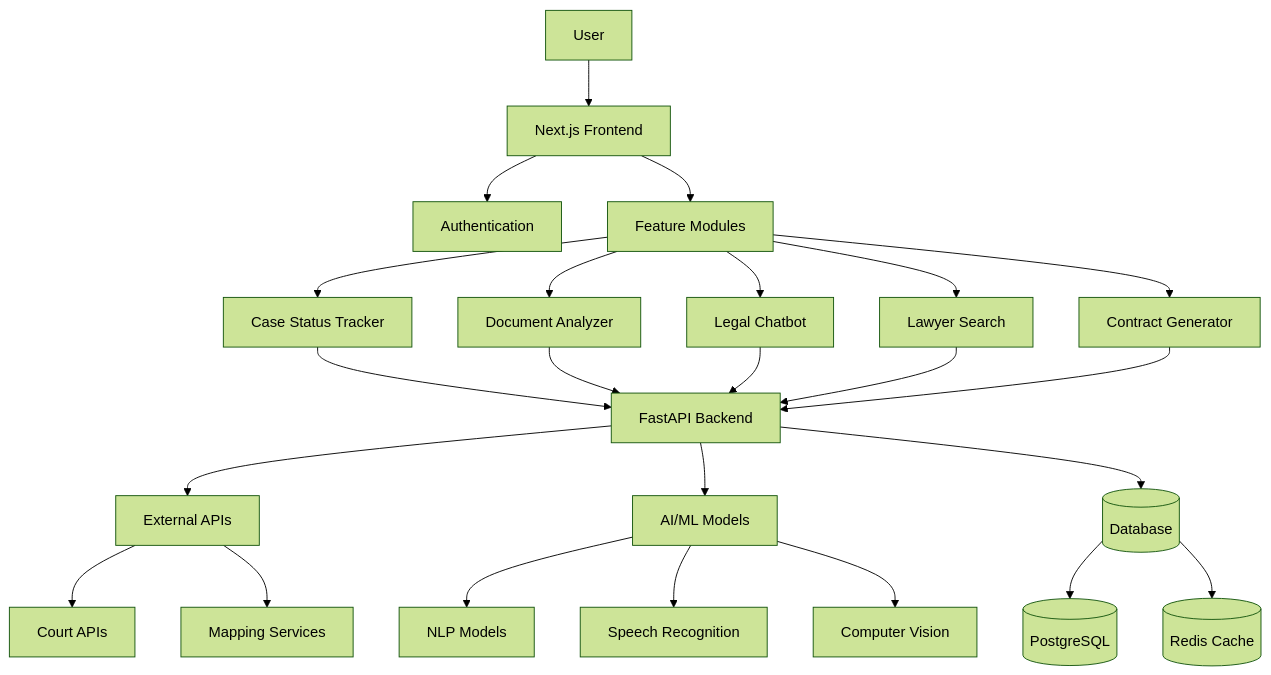
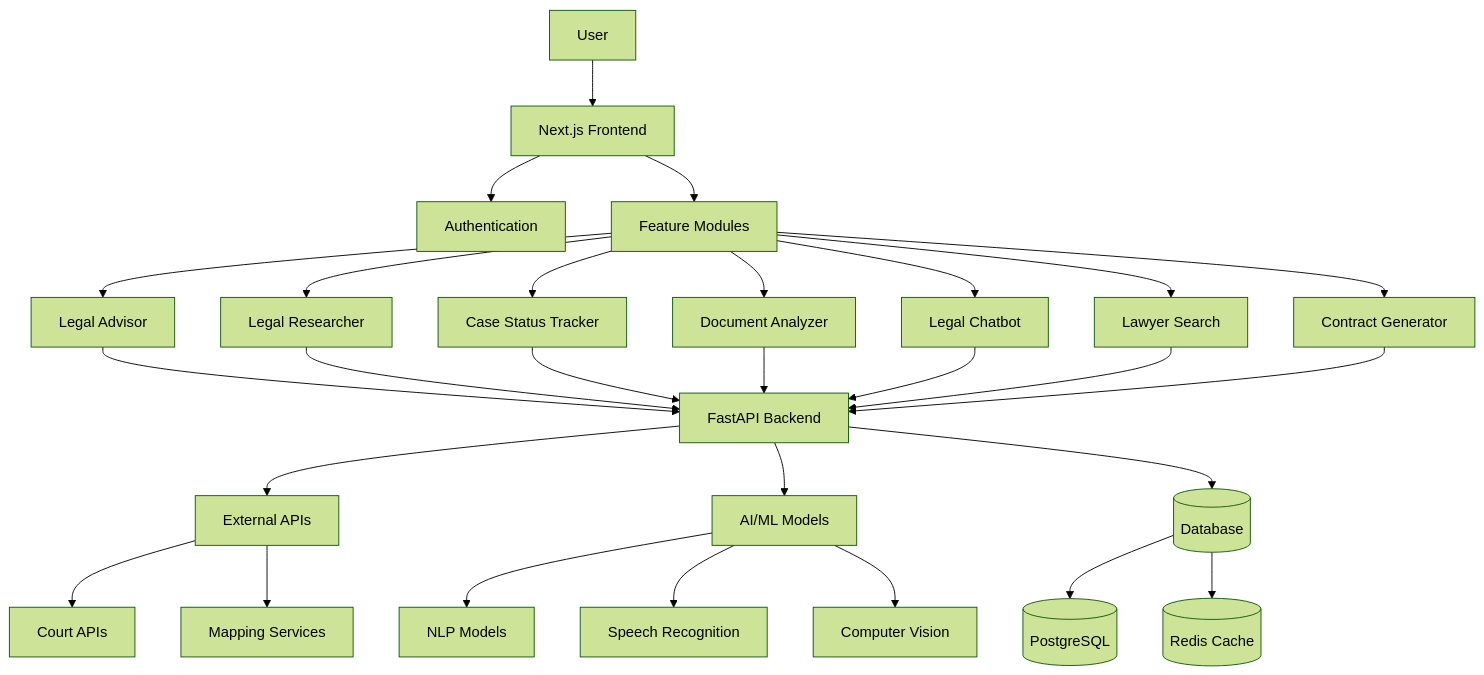
Before and after one commit to ddihora1604/NyayMitra: the diagram in README.md, drawn with Mermaid (forest theme). The commit also changed other lines of this file, not shown here.

````diff
--- a/README.md
+++ b/README.md
@@ -161,32 +183,36 @@
 ```mermaid
 graph TD
     User[User] --> Frontend[Next.js Frontend]
     Frontend --> Auth[Authentication]
     Frontend --> Features[Feature Modules]
     
+    Features --> LegalAdvisor[Legal Advisor]
+    Features --> LegalResearcher[Legal Researcher]
     Features --> CaseTracker[Case Status Tracker]
     Features --> DocAnalyzer[Document Analyzer]
     Features --> LegalChat[Legal Chatbot]
     Features --> LawyerSearch[Lawyer Search]
     Features --> ContractGen[Contract Generator]
     
+    LegalAdvisor --> FastAPI
+    LegalResearcher --> FastAPI
     CaseTracker --> FastAPI[FastAPI Backend]
     DocAnalyzer --> FastAPI
     LegalChat --> FastAPI
     LawyerSearch --> FastAPI
     ContractGen --> FastAPI
     
     FastAPI --> ExternalAPIs[External APIs]
     FastAPI --> AI[AI/ML Models]
     FastAPI --> DB[(Database)]
     
     ExternalAPIs --> Courts[Court APIs]
     ExternalAPIs --> Maps[Mapping Services]
     
     AI --> NLP[NLP Models]
     AI --> Speech[Speech Recognition]
     AI --> CV[Computer Vision]
     
     DB --> PostgreSQL[(PostgreSQL)]
     DB --> Redis[(Redis Cache)]
 ```
````
